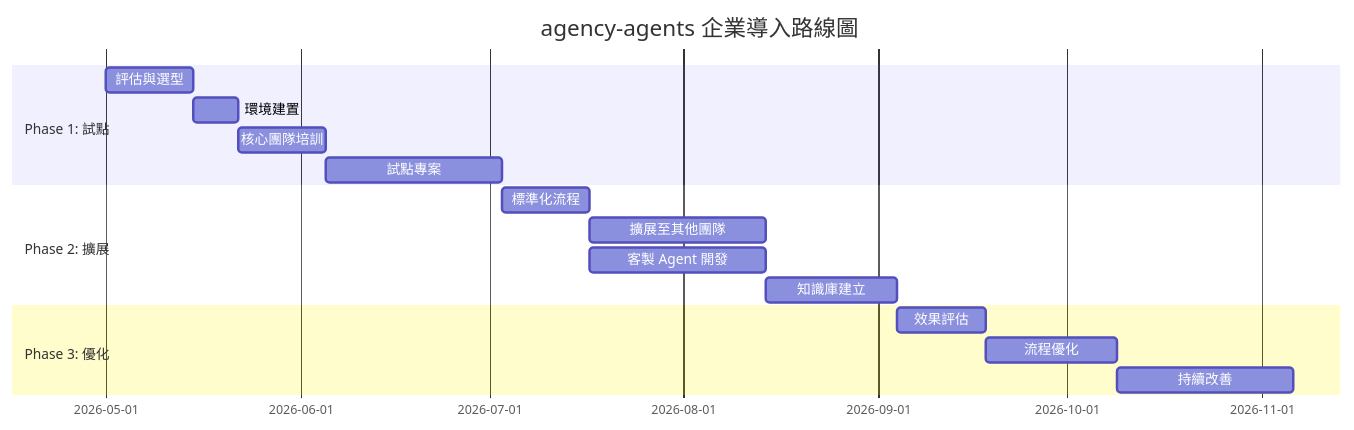
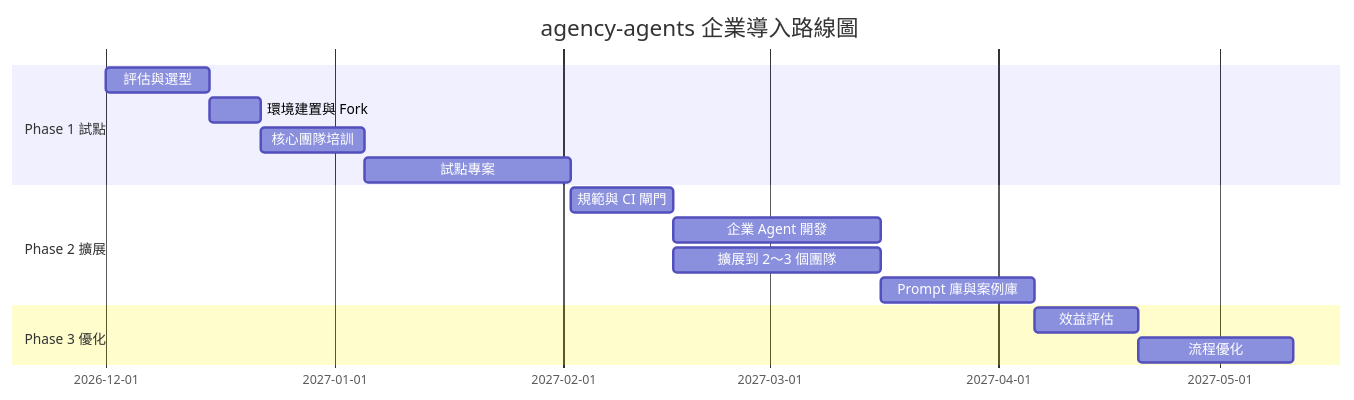
Before and after one commit to chihhung/Blog: diagram 15 of 15 in content/posts/教學/AI開發/agency-agents教學手冊.md, drawn with Mermaid. The commit also changed other lines of this file and 1 other file, not shown here.

````diff
--- a/content/posts/教學/AI開發/agency-agents教學手冊.md
+++ b/content/posts/教學/AI開發/agency-agents教學手冊.md
@@ -2978,21 +3336,18 @@
 ```mermaid
 gantt
     title agency-agents 企業導入路線圖
-    dateFormat  YYYY-MM-DD
-    section Phase 1: 試點
-    評估與選型           :a1, 2026-05-01, 2w
-    環境建置             :a2, after a1, 1w
-    核心團隊培訓         :a3, after a2, 2w
-    試點專案             :a4, after a3, 4w
-
-    section Phase 2: 擴展
-    標準化流程           :b1, after a4, 2w
-    擴展至其他團隊       :b2, after b1, 4w
-    客製 Agent 開發      :b3, after b1, 4w
-    知識庫建立           :b4, after b2, 3w
-
-    section Phase 3: 優化
-    效果評估             :c1, after b4, 2w
-    流程優化             :c2, after c1, 3w
-    持續改善             :c3, after c2, 4w
+    dateFormat YYYY-MM-DD
+    section Phase 1 試點
+    評估與選型            :a1, 2026-12-01, 2w
+    環境建置與 Fork       :a2, after a1, 1w
+    核心團隊培訓          :a3, after a2, 2w
+    試點專案              :a4, after a3, 4w
+    section Phase 2 擴展
+    規範與 CI 閘門        :b1, after a4, 2w
+    企業 Agent 開發       :b2, after b1, 4w
+    擴展到 2～3 個團隊    :b3, after b1, 4w
+    Prompt 庫與案例庫     :b4, after b3, 3w
+    section Phase 3 優化
+    效益評估              :c1, after b4, 2w
+    流程優化              :c2, after c1, 3w
 ```
````
